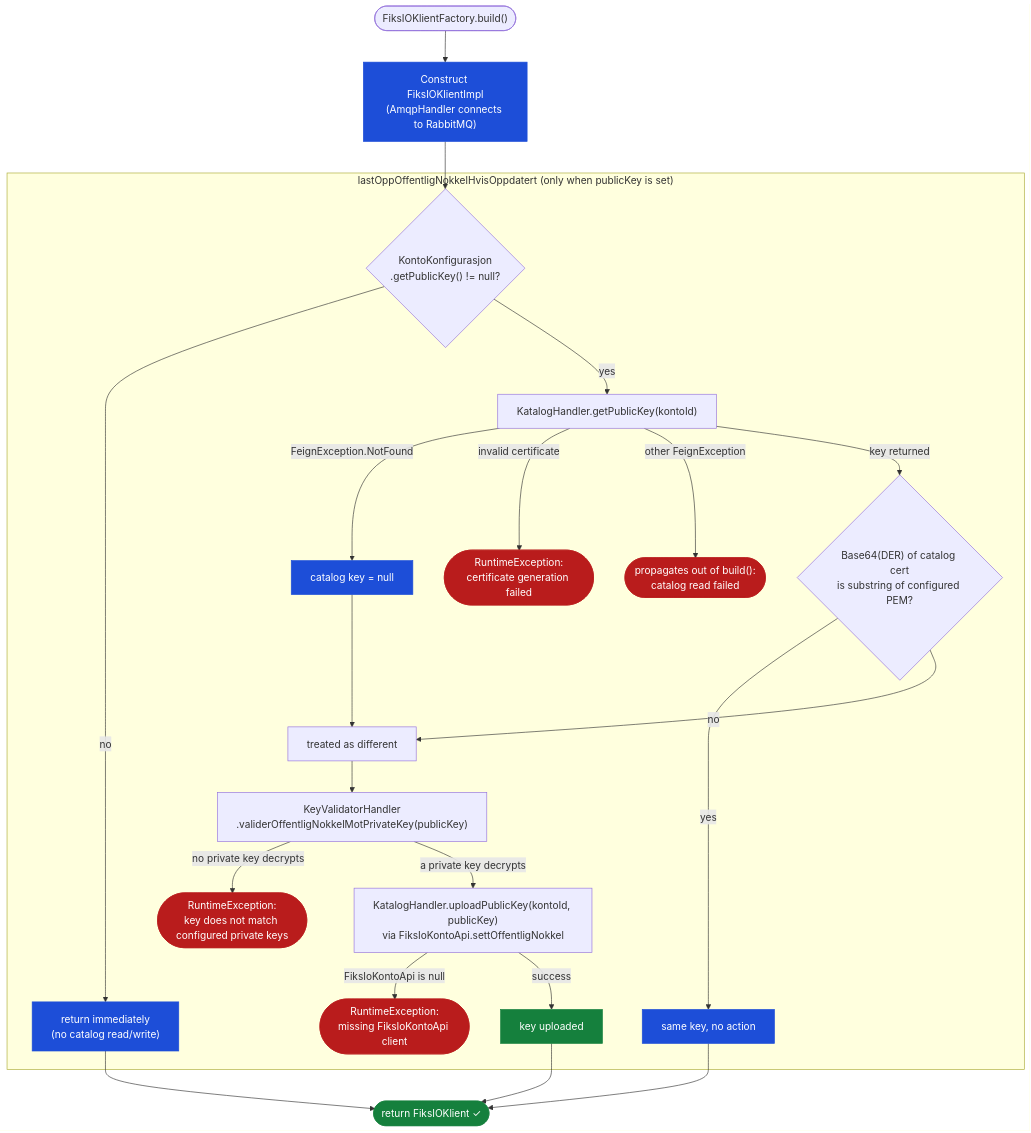
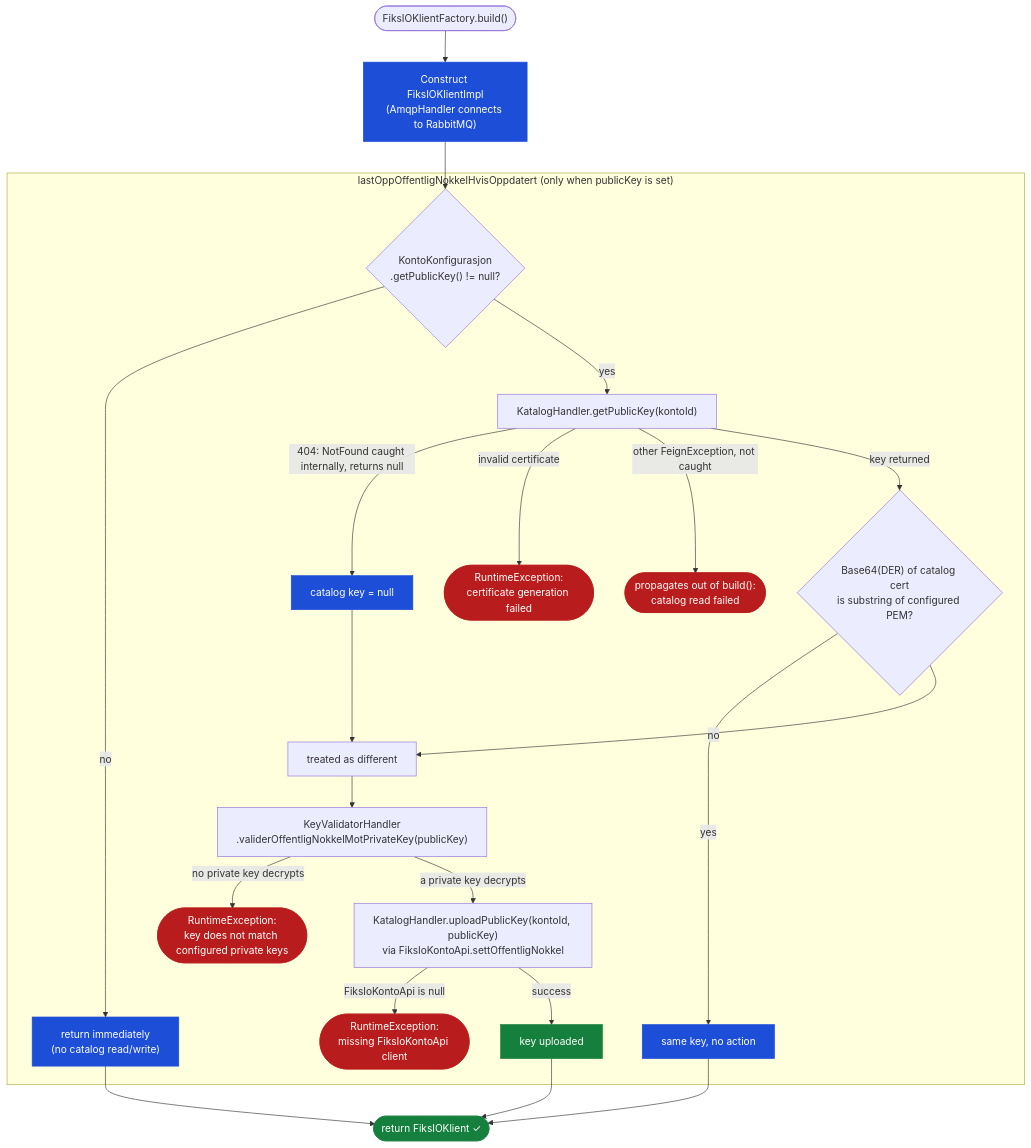
One commit to ks-no/fiks-io-klient-java changed the diagram in docs/AutomaticPublicKeySync.md. Above: the diagram before and after it, drawn with Mermaid. The commit also changed other lines of this file and 1 other file, not shown here.

````diff
--- a/docs/AutomaticPublicKeySync.md
+++ b/docs/AutomaticPublicKeySync.md
@@ -87,38 +87,38 @@
 ```mermaid
 flowchart TD
     classDef error   fill:#b91c1c,stroke:#b91c1c,color:#fff
     classDef warn    fill:#b45309,stroke:#b45309,color:#fff
     classDef info    fill:#1d4ed8,stroke:#1d4ed8,color:#fff
     classDef success fill:#15803d,stroke:#15803d,color:#fff
 
     START(["FiksIOKlientFactory.build()"]) --> AMQP
     AMQP["Construct FiksIOKlientImpl\n(AmqpHandler connects to RabbitMQ)"]:::info --> A
 
     subgraph SYNC ["lastOppOffentligNokkelHvisOppdatert (only when publicKey is set)"]
         A{"KontoKonfigurasjon\n.getPublicKey() != null?"}
         A -->|no| SKIP["return immediately\n(no catalog read/write)"]:::info
         A -->|yes| C["KatalogHandler.getPublicKey(kontoId)"]
 
-        C -->|FeignException.NotFound| NULLKEY["catalog key = null"]:::info
+        C -->|404: NotFound caught internally, returns null| NULLKEY["catalog key = null"]:::info
         C -->|invalid certificate| ERR0(["RuntimeException:\ncertificate generation failed"]):::error
-        C -->|other FeignException| ERR3(["propagates out of build():\ncatalog read failed"]):::error
+        C -->|other FeignException, not caught| ERR3(["propagates out of build():\ncatalog read failed"]):::error
         C -->|key returned| D
 
         NULLKEY --> DIFF["treated as different"]
         D{"Base64(DER) of catalog cert\nis substring of configured PEM?"}
         D -->|yes| SAME["same key, no action"]:::info
         D -->|no| DIFF
 
         DIFF --> V["KeyValidatorHandler\n.validerOffentligNokkelMotPrivateKey(publicKey)"]
         V -->|no private key decrypts| ERR1(["RuntimeException:\nkey does not match configured private keys"]):::error
         V -->|a private key decrypts| U["KatalogHandler.uploadPublicKey(kontoId, publicKey)\nvia FiksIoKontoApi.settOffentligNokkel"]
 
         U -->|FiksIoKontoApi is null| ERR2(["RuntimeException:\nmissing FiksIoKontoApi client"]):::error
         U -->|success| OK["key uploaded"]:::success
     end
 
     SKIP --> DONE
     SAME --> DONE
     OK   --> DONE
     DONE(["return FiksIOKlient ✓"]):::success
 ```
````
